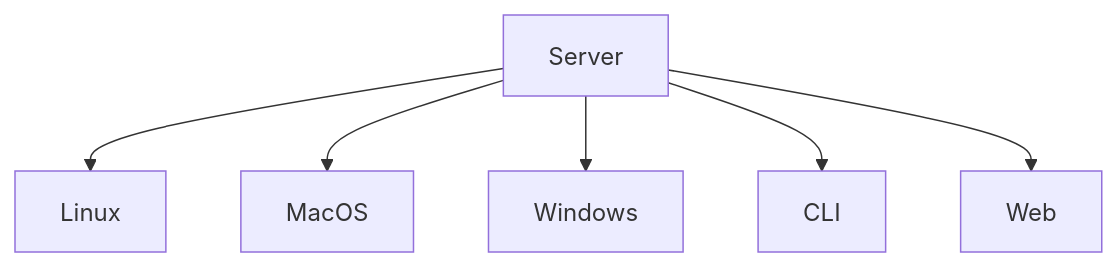
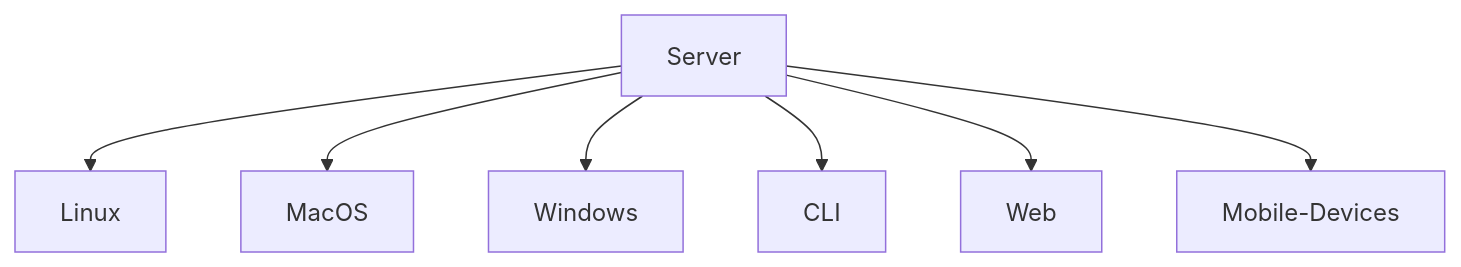
Before and after one commit to CrossCopy/crosscopy-doc: the diagram in docs/Design/index.md, drawn with Mermaid. The commit also changed other lines of this file and 24 other files, not shown here.

````diff
--- a/docs/Design/index.md
+++ b/docs/Design/index.md
@@ -5,8 +9,9 @@
 ```mermaid
 graph TD
     Server --> Linux
     Server --> MacOS
     Server --> Windows
     Server --> CLI
     Server --> Web
+    Server --> Mobile-Devices
 ```
````
